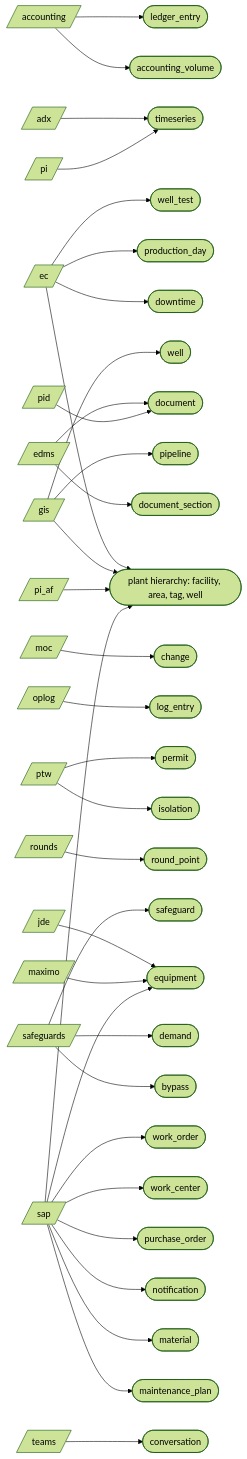
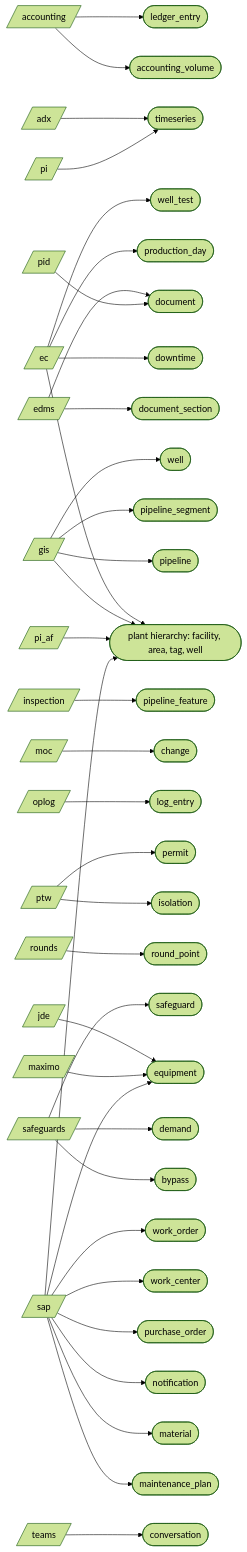
Before and after one commit to areed145/fuzer: the second of 3 diagrams in docs/architecture.md, drawn with Mermaid (forest theme). The commit also changed other lines of this file and 14 other files, not shown here.

First line of the commit message:
Pipeline stationing: ILI features link to the segment and station that hold them (#61a)

```diff
--- a/docs/architecture.md
+++ b/docs/architecture.md
@@ -84,6 +84,7 @@
   src_ec[/"ec"/]
   src_edms[/"edms"/]
   src_gis[/"gis"/]
+  src_inspection[/"inspection"/]
   src_jde[/"jde"/]
   src_maximo[/"maximo"/]
   src_moc[/"moc"/]
@@ -113,6 +114,8 @@
   kind_notification(["notification"])
   kind_permit(["permit"])
   kind_pipeline(["pipeline"])
+  kind_pipeline_feature(["pipeline_feature"])
+  kind_pipeline_segment(["pipeline_segment"])
   kind_plant_hierarchy__facility__area__tag__well(["plant hierarchy: facility, area, tag, well"])
   kind_production_day(["production_day"])
   kind_purchase_order(["purchase_order"])
@@ -133,8 +136,10 @@
   src_edms --> kind_document
   src_edms --> kind_document_section
   src_gis --> kind_pipeline
+  src_gis --> kind_pipeline_segment
   src_gis --> kind_plant_hierarchy__facility__area__tag__well
   src_gis --> kind_well
+  src_inspection --> kind_pipeline_feature
   src_jde --> kind_equipment
   src_maximo --> kind_equipment
   src_moc --> kind_change
```
